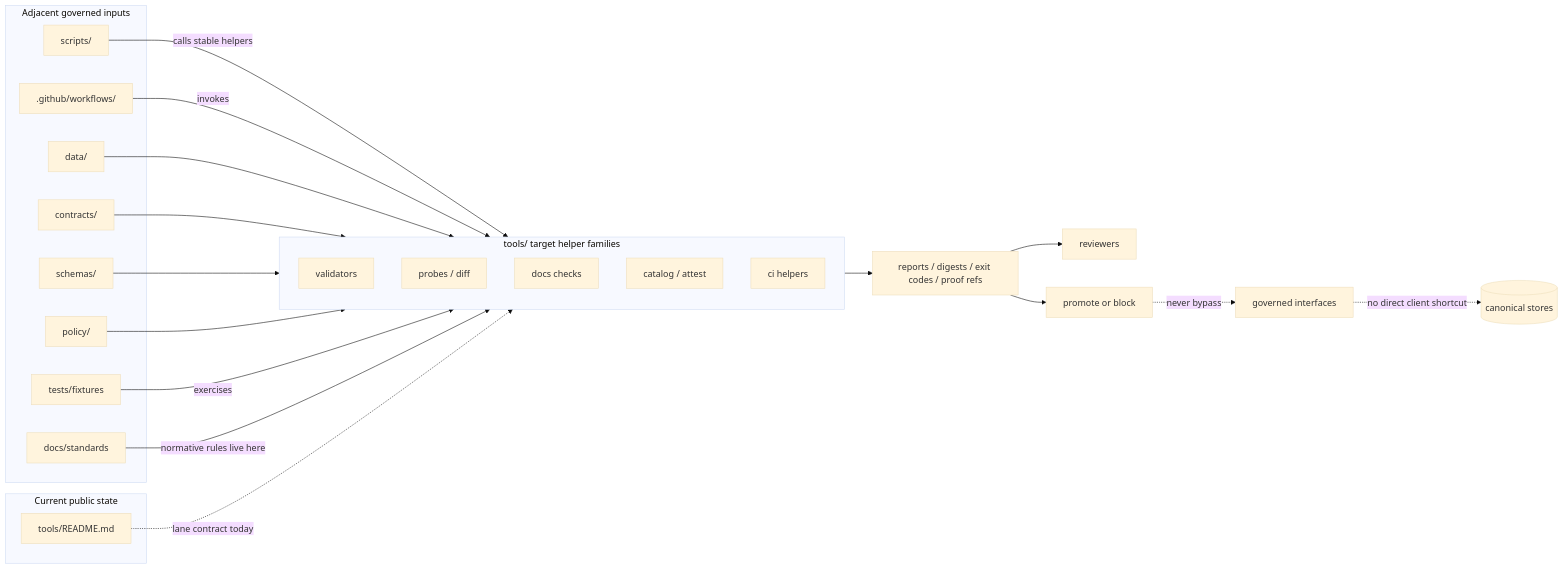
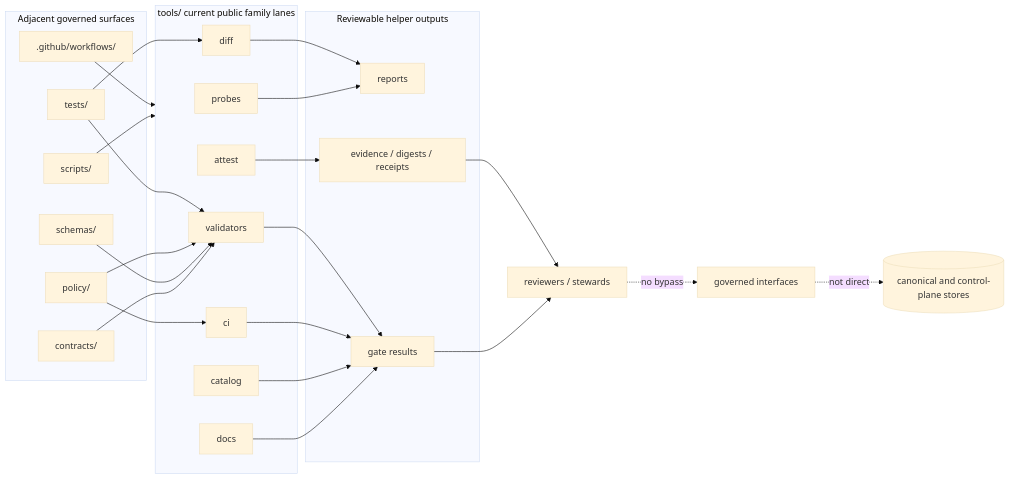
The diagram in tools/README.md (bartytime4life/Kansas-Frontier-Matrix), drawn with Mermaid (base theme) before and after one commit. The commit also changed other lines of this file, not shown here.

First line of the commit message:
Update tools README with recent changes and clarifications

````diff
--- a/tools/README.md
+++ b/tools/README.md
@@ -316,42 +328,50 @@
 ```mermaid
 flowchart LR
-    subgraph Current[Current public state]
-      T0[tools/README.md]
-    end
-
-    subgraph Inputs[Adjacent governed inputs]
-      D[data/]
+    subgraph Adjacent[Adjacent governed surfaces]
       C[contracts/]
       S[schemas/]
       P[policy/]
-      TS[tests/fixtures]
-      DS[docs/standards]
+      T[tests/]
       SC[scripts/]
       WF[.github/workflows/]
     end
 
-    subgraph Target[tools/ target helper families]
+    subgraph Tools[tools/ current public family lanes]
       V[validators]
-      PR[probes / diff]
-      DO[docs checks]
-      CA[catalog / attest]
-      CI[ci helpers]
+      PR[probes]
+      D[diff]
+      DO[docs]
+      CA[catalog]
+      AT[attest]
+      CI[ci]
     end
 
-    SC -->|calls stable helpers| Target
-    WF -->|invokes| Target
-    D --> Target
-    C --> Target
-    S --> Target
-    P --> Target
-    TS -->|exercises| Target
-    DS -->|normative rules live here| Target
+    subgraph Outputs[Reviewable helper outputs]
+      R[reports]
+      G[gate results]
+      E[evidence / digests / receipts]
+    end
 
-    Target --> R[reports / digests / exit codes / proof refs]
-    R --> RV[reviewers]
-    R --> G[promote or block]
+    C --> V
+    S --> V
+    P --> V
+    P --> CI
+    T --> V
+    T --> D
+    SC --> Tools
+    WF --> Tools
 
-    T0 -. lane contract today .-> Target
-    G -. never bypass .-> API[governed interfaces]
-    API -. no direct client shortcut .-> STORE[(canonical stores)]
+    PR --> R
+    D --> R
+    DO --> G
+    CA --> G
+    AT --> E
+    CI --> G
+    V --> G
+
+    G --> RV[reviewers / stewards]
+    E --> RV
+
+    RV -. no bypass .-> API[governed interfaces]
+    API -. not direct .-> STORE[(canonical and control-plane stores)]
 ```
````
